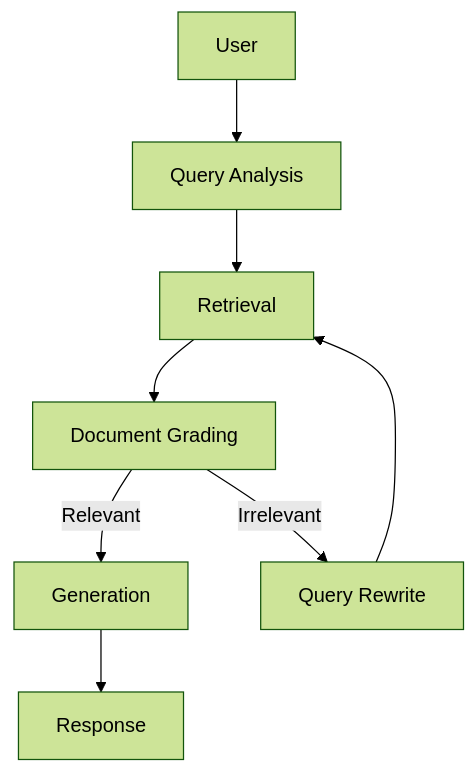
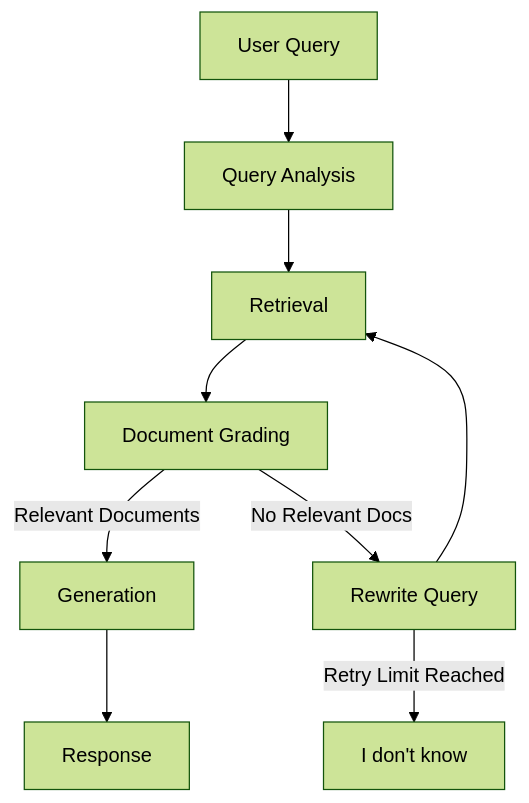
Before and after one commit to Vidhisahay/RAG-Tech-Assistant: the diagram in README.md, drawn with Mermaid (forest theme). The commit also changed other lines of this file, not shown here.

````diff
--- a/README.md
+++ b/README.md
@@ -9,10 +44,31 @@
 ```mermaid
 flowchart TD
-	U[User] --> QA[Query Analysis]
-	QA --> R[Retrieval]
-	R --> DG[Document Grading]
-	DG -->|Relevant| G[Generation]
-	G --> S[Response]
-	DG -->|Irrelevant| QR[Query Rewrite]
-	QR --> R
+
+A[User Query]
+
+B[Query Analysis]
+
+C[Retrieval]
+
+D[Document Grading]
+
+E[Generation]
+
+F[Response]
+
+G[Rewrite Query]
+
+H[I don't know]
+
+A --> B
+B --> C
+C --> D
+
+D -->|Relevant Documents| E
+E --> F
+
+D -->|No Relevant Docs| G
+G --> C
+
+G -->|Retry Limit Reached| H
 ```
````
